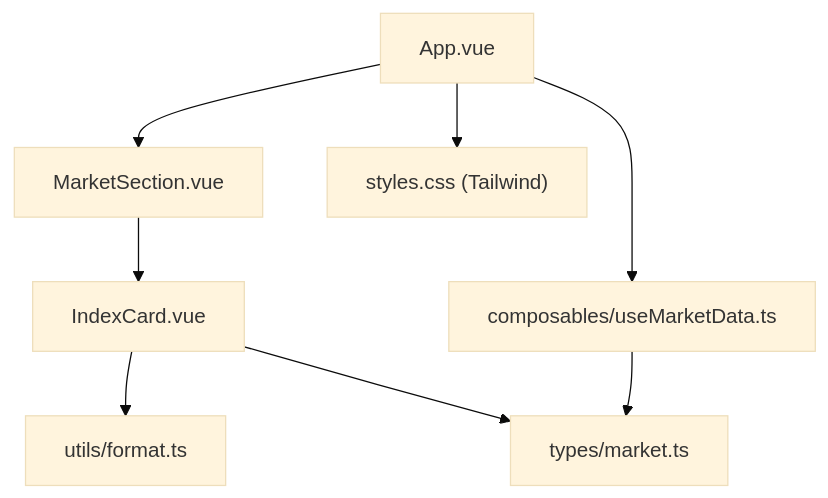
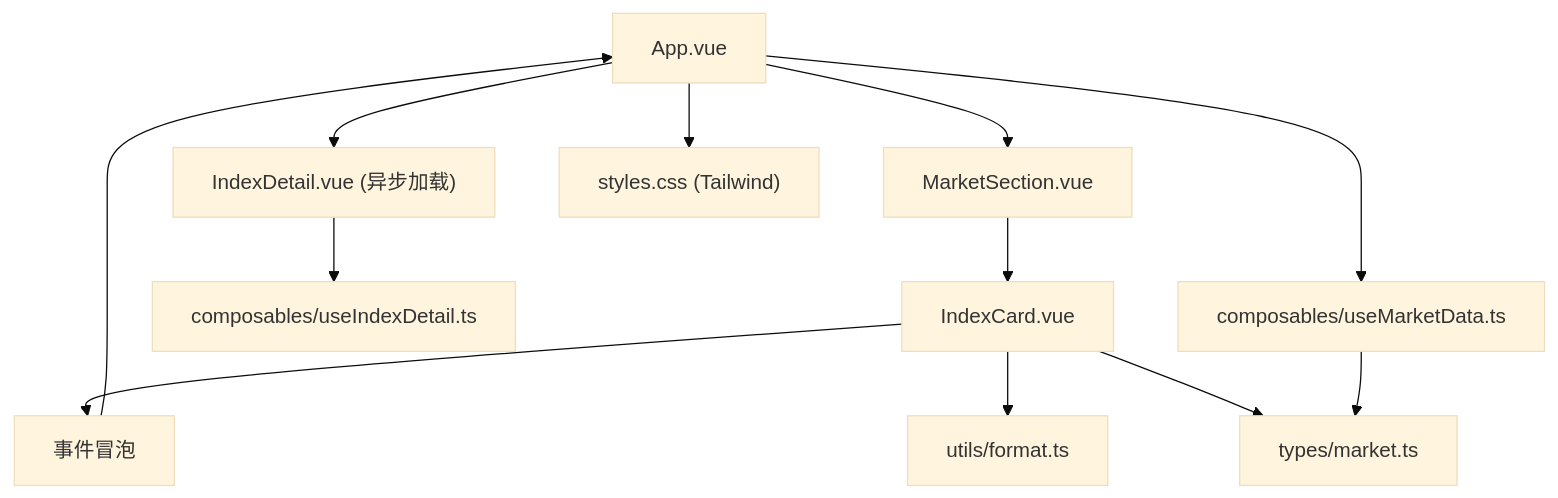
The first of 4 diagrams in .qoder/repowiki/zh/content/前端开发/组件系统/IndexCard指数卡片组件.md (jiashaoying/hq-kanban-app), drawn with Mermaid (base theme) before and after one commit. The commit also changed other lines of this file and 7 other files, not shown here.

````diff
--- a/.qoder/repowiki/zh/content/前端开发/组件系统/IndexCard指数卡片组件.md
+++ b/.qoder/repowiki/zh/content/前端开发/组件系统/IndexCard指数卡片组件.md
@@ -32,10 +43,14 @@
 ```mermaid
 graph TB
 App["App.vue"] --> MarketSection["MarketSection.vue"]
 MarketSection --> IndexCard["IndexCard.vue"]
+IndexCard --> Event["事件冒泡"]
+Event --> App
+App --> IndexDetail["IndexDetail.vue (异步加载)"]
+IndexDetail --> UseIndexDetail["composables/useIndexDetail.ts"]
 IndexCard --> Format["utils/format.ts"]
 IndexCard --> Types["types/market.ts"]
 App --> UseMarketData["composables/useMarketData.ts"]
 UseMarketData --> Types
 App --> Styles["styles.css (Tailwind)"]
 ```
````
